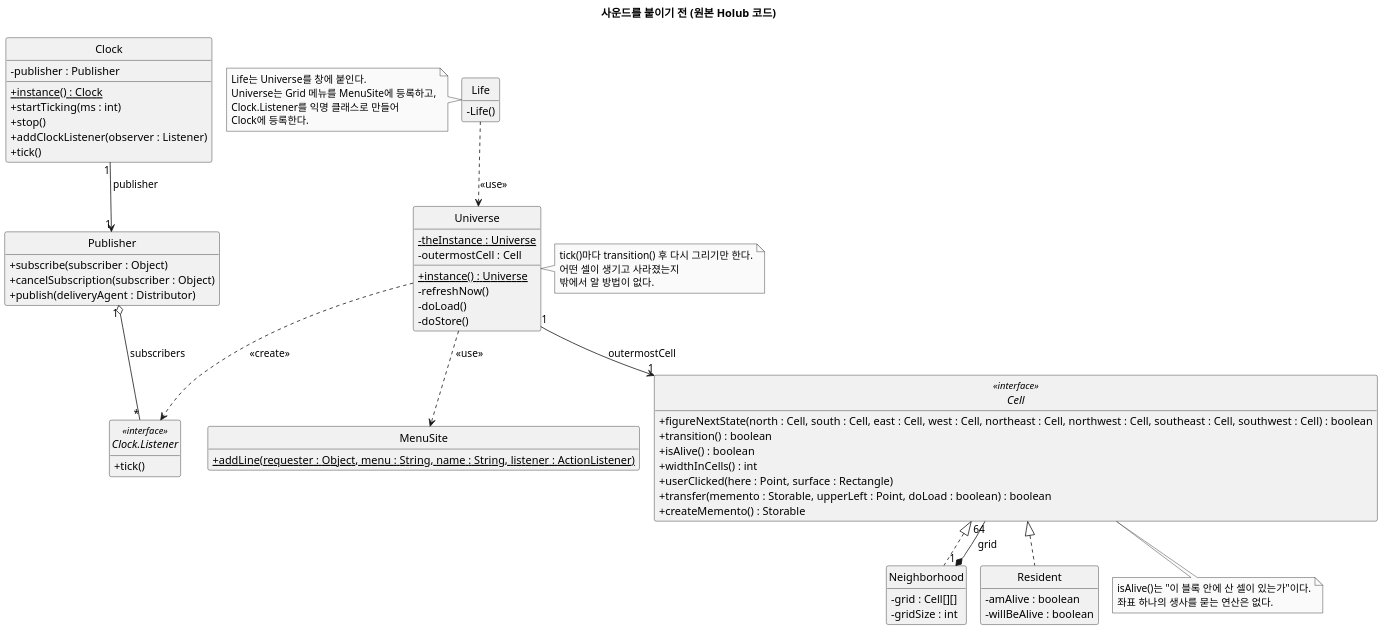
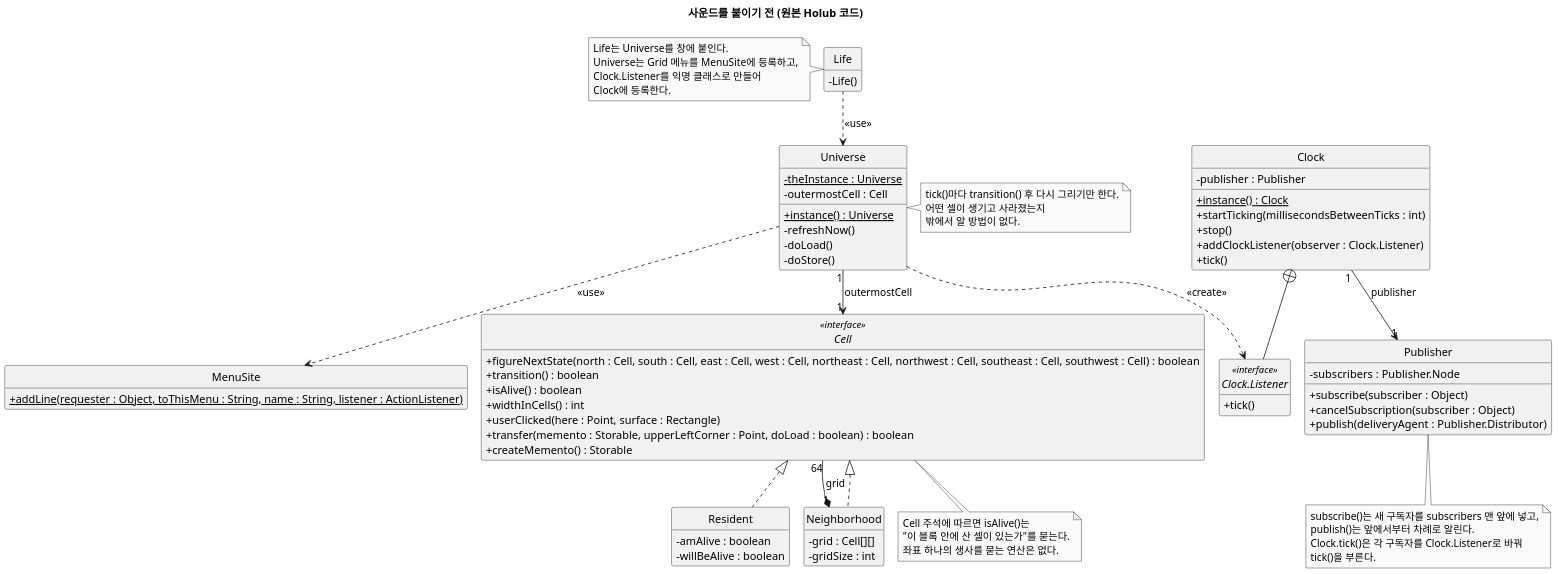
One commit to mckimR1972/DP_team_project changed the diagram in docs/sound-effects/diagram/class-before.puml. Above: the diagram before and after it, drawn with PlantUML. The commit also changed 21 other files, not shown here.

First line of the commit message:
docs(sound): 다이어그램을 표기 통일안과 코드에 맞춤

```diff
--- a/docs/sound-effects/diagram/class-before.puml
+++ b/docs/sound-effects/diagram/class-before.puml
@@ -1,98 +1,106 @@
 @startuml class-before
 !pragma layout smetana
 skinparam monochrome true
 skinparam dpi 150
 skinparam shadowing false
 skinparam defaultFontName "Malgun Gothic"
 skinparam classAttributeIconSize 0
 hide circle
 hide empty members
 skinparam ranksep 60
 skinparam nodesep 50
 title 사운드를 붙이기 전 (원본 Holub 코드)
 
 class Life {
   - Life()
 }
 
 class Universe {
   - {static} theInstance : Universe
   - outermostCell : Cell
   + {static} instance() : Universe
   - refreshNow()
   - doLoad()
   - doStore()
 }
 
 class Clock {
   - publisher : Publisher
   + {static} instance() : Clock
-  + startTicking(ms : int)
+  + startTicking(millisecondsBetweenTicks : int)
   + stop()
-  + addClockListener(observer : Listener)
+  + addClockListener(observer : Clock.Listener)
   + tick()
 }
 
 interface "Clock.Listener" as ClockListener <<interface>> {
   + tick()
 }
 
 class Publisher {
+  - subscribers : Publisher.Node
   + subscribe(subscriber : Object)
   + cancelSubscription(subscriber : Object)
-  + publish(deliveryAgent : Distributor)
+  + publish(deliveryAgent : Publisher.Distributor)
 }
 
 interface Cell <<interface>> {
   + figureNextState(north : Cell, south : Cell, east : Cell, west : Cell, northeast : Cell, northwest : Cell, southeast : Cell, southwest : Cell) : boolean
   + transition() : boolean
   + isAlive() : boolean
   + widthInCells() : int
   + userClicked(here : Point, surface : Rectangle)
-  + transfer(memento : Storable, upperLeft : Point, doLoad : boolean) : boolean
+  + transfer(memento : Storable, upperLeftCorner : Point, doLoad : boolean) : boolean
   + createMemento() : Storable
 }
 
 class Neighborhood {
   - grid : Cell[][]
   - gridSize : int
 }
 
 class Resident {
   - amAlive : boolean
   - willBeAlive : boolean
 }
 
 class MenuSite {
-  + {static} addLine(requester : Object, menu : String, name : String, listener : ActionListener)
+  + {static} addLine(requester : Object, toThisMenu : String, name : String, listener : ActionListener)
 }
 
 Life ..> Universe : <<use>>
 Universe "1" --> "1" Cell : outermostCell
 Cell <|.. Neighborhood
 Cell <|.. Resident
 Neighborhood "1" *-- "64" Cell : grid
 
 Universe ..> MenuSite : <<use>>
 Clock "1" --> "1" Publisher : publisher
-Publisher "1" o-- "*" ClockListener : subscribers
+Clock +-- ClockListener
 Universe ..> ClockListener : <<create>>
 
 note left of Life
   Life는 Universe를 창에 붙인다.
   Universe는 Grid 메뉴를 MenuSite에 등록하고,
   Clock.Listener를 익명 클래스로 만들어
   Clock에 등록한다.
 end note
 
 note right of Universe
   tick()마다 transition() 후 다시 그리기만 한다.
   어떤 셀이 생기고 사라졌는지
   밖에서 알 방법이 없다.
 end note
 
 note bottom of Cell
-  isAlive()는 "이 블록 안에 산 셀이 있는가"이다.
+  Cell 주석에 따르면 isAlive()는
+  "이 블록 안에 산 셀이 있는가"를 묻는다.
   좌표 하나의 생사를 묻는 연산은 없다.
 end note
+note bottom of Publisher
+  subscribe()는 새 구독자를 subscribers 맨 앞에 넣고,
+  publish()는 앞에서부터 차례로 알린다.
+  Clock.tick()은 각 구독자를 Clock.Listener로 바꿔
+  tick()을 부른다.
+end note
 @enduml
```
